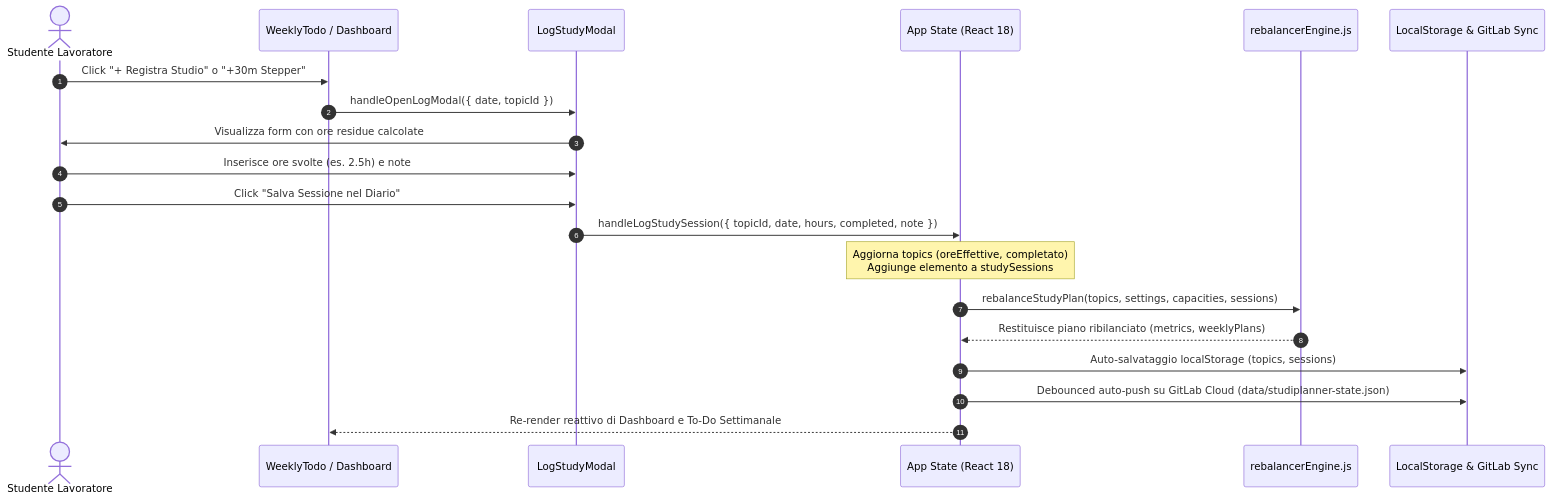
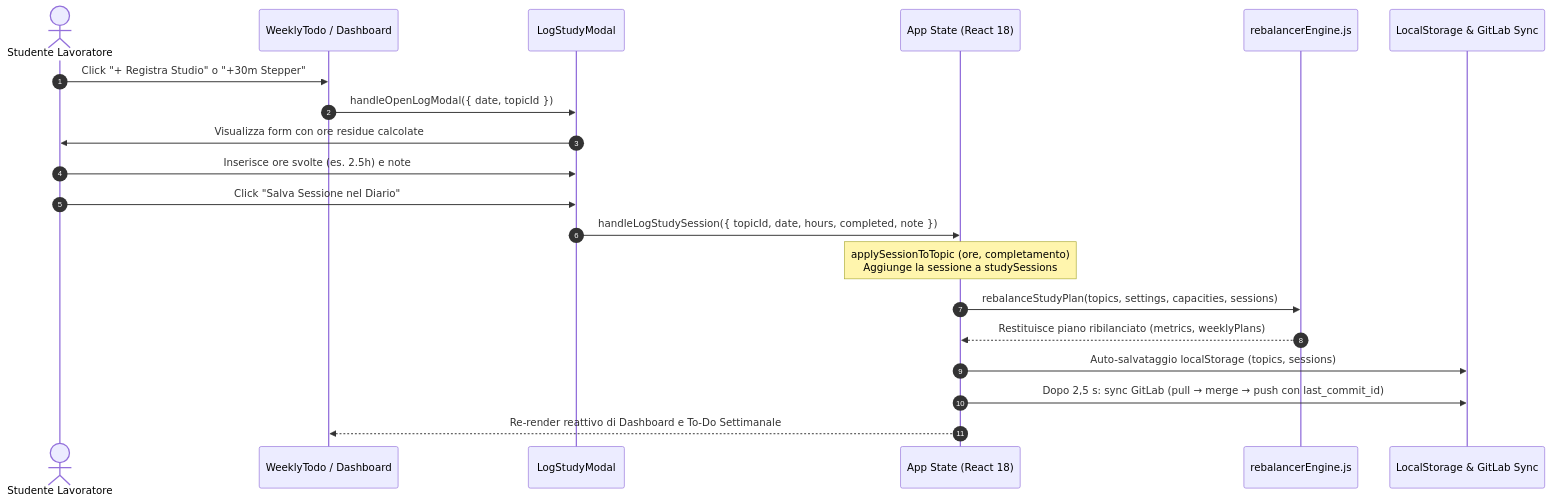
Before and after one commit to Giocosc/StudiPlanner: the fourth of 5 diagrams in docs/04_UI_COMPONENTS.md, drawn with Mermaid. The commit also changed other lines of this file and 10 other files, not shown here.

````diff
--- a/docs/04_UI_COMPONENTS.md
+++ b/docs/04_UI_COMPONENTS.md
@@ -536,23 +540,23 @@
 ```mermaid
 sequenceDiagram
     autonumber
     actor Studente as Studente Lavoratore
     participant UI as WeeklyTodo / Dashboard
     participant Modal as LogStudyModal
     participant State as App State (React 18)
     participant Engine as rebalancerEngine.js
     participant Storage as LocalStorage & GitLab Sync
     
     Studente->>UI: Click "+ Registra Studio" o "+30m Stepper"
     UI->>Modal: handleOpenLogModal({ date, topicId })
     Modal->>Studente: Visualizza form con ore residue calcolate
     Studente->>Modal: Inserisce ore svolte (es. 2.5h) e note
     Studente->>Modal: Click "Salva Sessione nel Diario"
     Modal->>State: handleLogStudySession({ topicId, date, hours, completed, note })
-    Note over State: Aggiorna topics (oreEffettive, completato)<br/>Aggiunge elemento a studySessions
+    Note over State: applySessionToTopic (ore, completamento)<br/>Aggiunge la sessione a studySessions
     State->>Engine: rebalanceStudyPlan(topics, settings, capacities, sessions)
     Engine-->>State: Restituisce piano ribilanciato (metrics, weeklyPlans)
     State->>Storage: Auto-salvataggio localStorage (topics, sessions)
-    State->>Storage: Debounced auto-push su GitLab Cloud (data/studiplanner-state.json)
+    State->>Storage: Dopo 2,5 s: sync GitLab (pull → merge → push con last_commit_id)
     State-->>UI: Re-render reattivo di Dashboard e To-Do Settimanale
 ```
````
